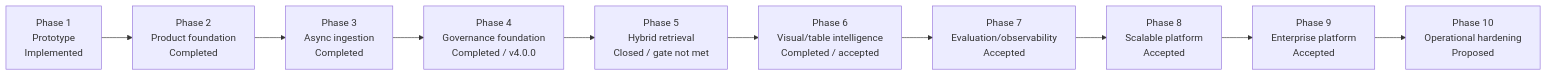
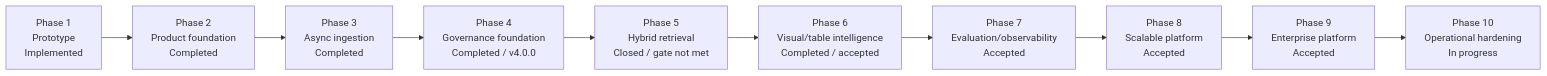
The second of 12 diagrams in mm-rag-full-stack-genai-bootcamp-3.0/docs/architecture/ARCHITECTURE.md (mvyas412/ai-projects), drawn with Mermaid before and after one commit. The commit also changed other lines of this file and 51 other files, not shown here.

First line of the commit message:
feat(mm-rag): implement Phase 10 operational hardening (#19)

````diff
--- a/mm-rag-full-stack-genai-bootcamp-3.0/docs/architecture/ARCHITECTURE.md
+++ b/mm-rag-full-stack-genai-bootcamp-3.0/docs/architecture/ARCHITECTURE.md
@@ -186,13 +186,13 @@
 ```mermaid
 flowchart LR
     p1["Phase 1<br/>Prototype<br/>Implemented"] -->
     p2["Phase 2<br/>Product foundation<br/>Completed"] -->
     p3["Phase 3<br/>Async ingestion<br/>Completed"] -->
     p4["Phase 4<br/>Governance foundation<br/>Completed / v4.0.0"] -->
     p5["Phase 5<br/>Hybrid retrieval<br/>Closed / gate not met"] -->
     p6["Phase 6<br/>Visual/table intelligence<br/>Completed / accepted"] -->
     p7["Phase 7<br/>Evaluation/observability<br/>Accepted"] -->
     p8["Phase 8<br/>Scalable platform<br/>Accepted"] -->
     p9["Phase 9<br/>Enterprise platform<br/>Accepted"] -->
-    p10["Phase 10<br/>Operational hardening<br/>Proposed"]
+    p10["Phase 10<br/>Operational hardening<br/>In progress"]
 ```
````
